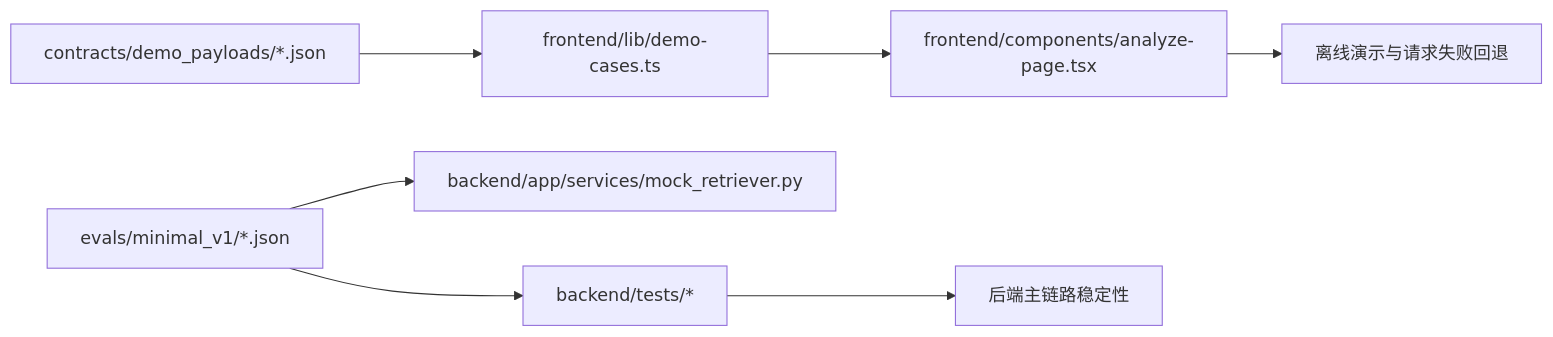
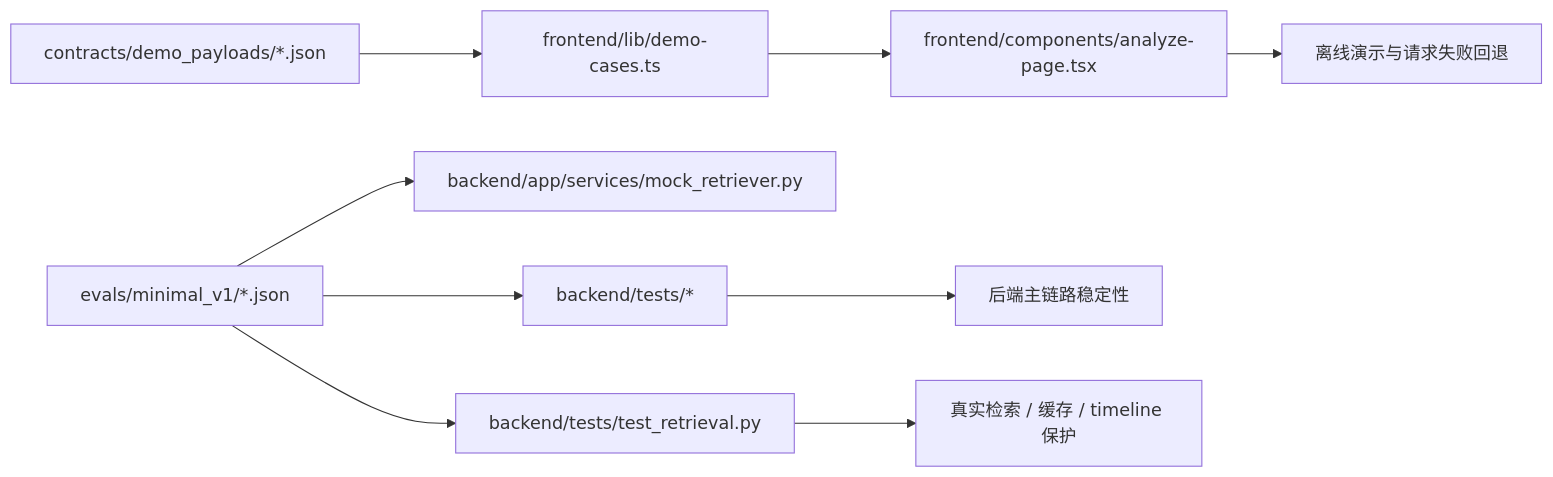
One commit to forwaryan/rumor-checking changed the diagram in overview/07_quality-and-demo-baseline.md. Above: the diagram before and after it, drawn with Mermaid. The commit also changed other lines of this file and 42 other files, not shown here.

````diff
--- a/overview/07_quality-and-demo-baseline.md
+++ b/overview/07_quality-and-demo-baseline.md
@@ -133,9 +149,11 @@
 ```mermaid
 flowchart LR
     EVALS["evals/minimal_v1/*.json"] --> BT["backend/tests/*"]
     EVALS --> MR["backend/app/services/mock_retriever.py"]
+    EVALS --> RT["backend/tests/test_retrieval.py"]
     CONTRACTS["contracts/demo_payloads/*.json"] --> FD["frontend/lib/demo-cases.ts"]
     FD --> PAGE["frontend/components/analyze-page.tsx"]
     BT --> API["后端主链路稳定性"]
+    RT --> RET["真实检索 / 缓存 / timeline 保护"]
     PAGE --> DEMO["离线演示与请求失败回退"]
 ```
````
